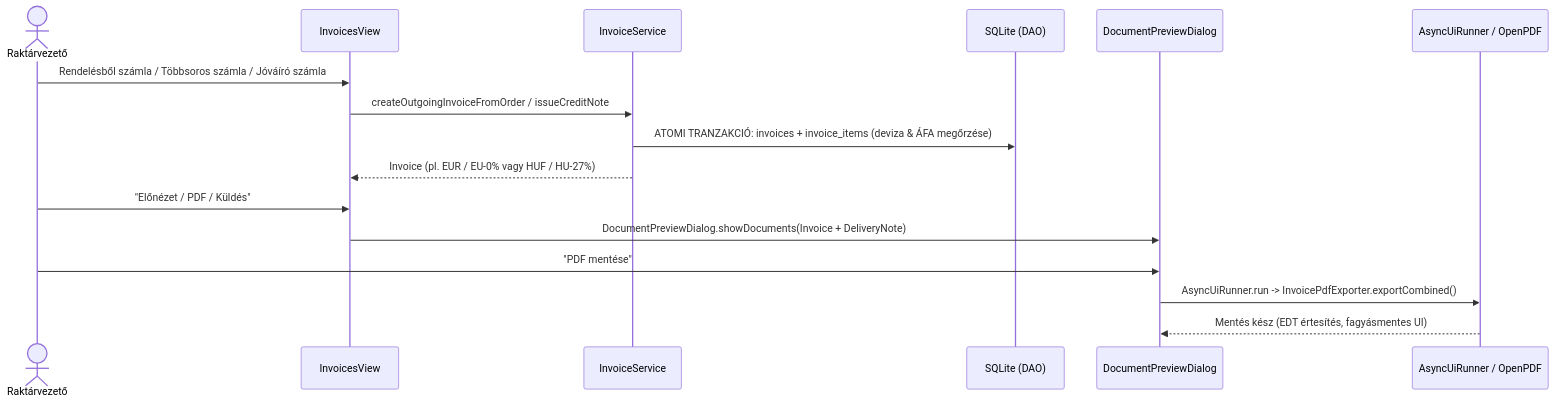
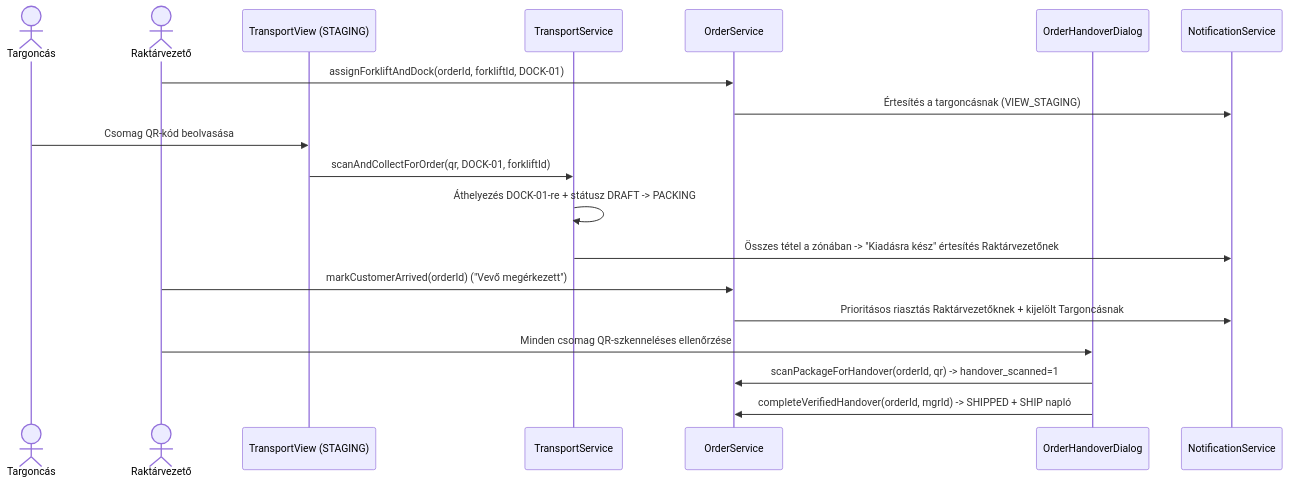
One commit to attilaczudor/due-prog-03 changed the fifth of 5 diagrams in docs/Programterv.md. Above: the diagram before and after it, drawn with Mermaid. The commit also changed other lines of this file and 4 other files, not shown here.

````diff
--- a/docs/Programterv.md
+++ b/docs/Programterv.md
@@ -230,19 +209,22 @@
 ```mermaid
 sequenceDiagram
+    actor FL as Targoncás
     actor Mgr as Raktárvezető
-    participant InvUI as InvoicesView
-    participant InvSvc as InvoiceService
-    participant DB as SQLite (DAO)
-    participant Prev as DocumentPreviewDialog
-    participant Async as AsyncUiRunner / OpenPDF
+    participant Stage as TransportView (STAGING)
+    participant TrSvc as TransportService
+    participant OrdSvc as OrderService
+    participant Handover as OrderHandoverDialog
+    participant Notif as NotificationService
 
-    Mgr->>InvUI: Rendelésből számla / Többsoros számla / Jóváíró számla
-    InvUI->>InvSvc: createOutgoingInvoiceFromOrder / issueCreditNote
-    InvSvc->>DB: ATOMI TRANZAKCIÓ: invoices + invoice_items (deviza & ÁFA megőrzése)
-    InvSvc-->>InvUI: Invoice (pl. EUR / EU-0% vagy HUF / HU-27%)
-    Mgr->>InvUI: "Előnézet / PDF / Küldés"
-    InvUI->>Prev: DocumentPreviewDialog.showDocuments(Invoice + DeliveryNote)
-    Mgr->>Prev: "PDF mentése"
-    Prev->>Async: AsyncUiRunner.run -> InvoicePdfExporter.exportCombined()
-    Async-->>Prev: Mentés kész (EDT értesítés, fagyásmentes UI)
+    Mgr->>OrdSvc: assignForkliftAndDock(orderId, forkliftId, DOCK-01)
+    OrdSvc->>Notif: Értesítés a targoncásnak (VIEW_STAGING)
+    FL->>Stage: Csomag QR-kód beolvasása
+    Stage->>TrSvc: scanAndCollectForOrder(qr, DOCK-01, forkliftId)
+    TrSvc->>TrSvc: Áthelyezés DOCK-01-re + státusz DRAFT -> PACKING
+    TrSvc->>Notif: Összes tétel a zónában -> "Kiadásra kész" értesítés Raktárvezetőnek
+    Mgr->>OrdSvc: markCustomerArrived(orderId) ("Vevő megérkezett")
+    OrdSvc->>Notif: Prioritásos riasztás Raktárvezetőknek + kijelölt Targoncásnak
+    Mgr->>Handover: Minden csomag QR-szkenneléses ellenőrzése
+    Handover->>OrdSvc: scanPackageForHandover(orderId, qr) -> handover_scanned=1
+    Handover->>OrdSvc: completeVerifiedHandover(orderId, mgrId) -> SHIPPED + SHIP napló
 ```
````
